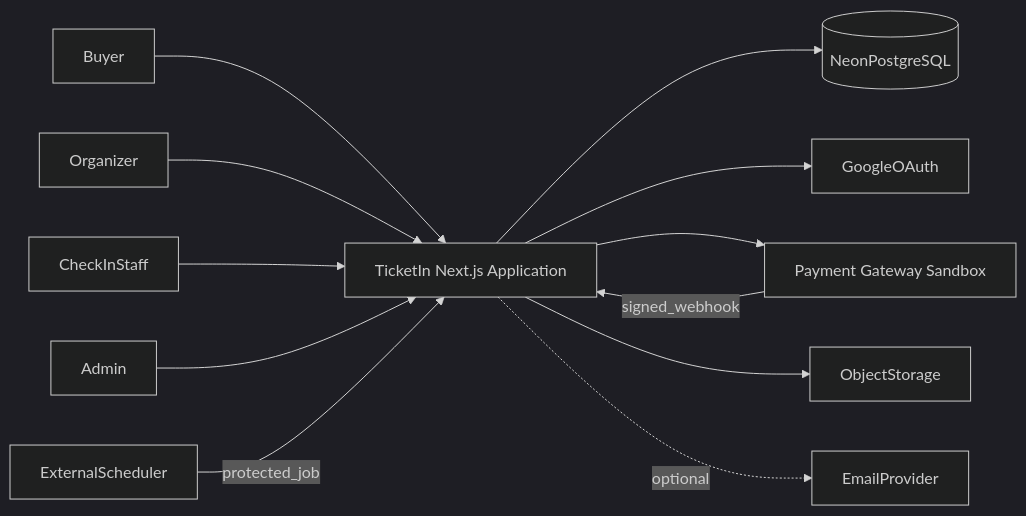
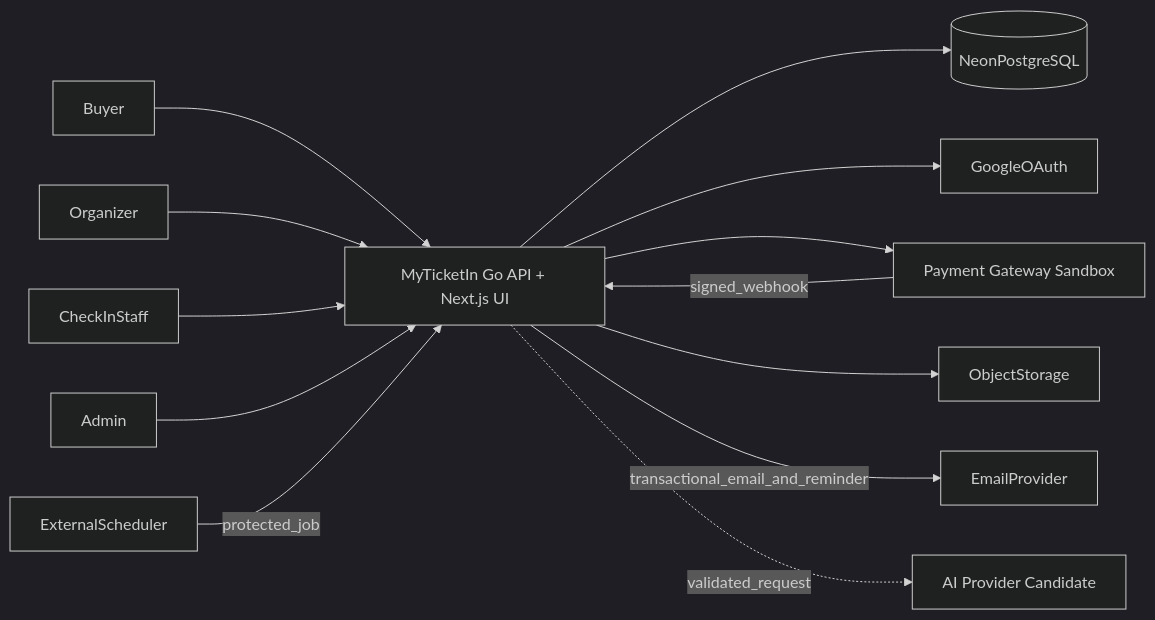
Before and after one commit to Fajrunshubhi/MyTicketIn: the first of 5 diagrams in architecture-essentials.md, drawn with Mermaid (dark theme). The commit also changed other lines of this file and 406 other files, not shown here.

````diff
--- a/architecture-essentials.md
+++ b/architecture-essentials.md
@@ -52,26 +56,28 @@
 ```mermaid
 flowchart LR
   Buyer[Buyer]
   Organizer[Organizer]
   Staff[CheckInStaff]
   Admin[Admin]
-  App["TicketIn Next.js Application"]
+  App["MyTicketIn Go API + Next.js UI"]
   Database[(NeonPostgreSQL)]
   Google[GoogleOAuth]
   Gateway["Payment Gateway Sandbox"]
   Storage[ObjectStorage]
   Scheduler[ExternalScheduler]
   Email[EmailProvider]
+  AI["AI Provider Candidate"]
 
   Buyer --> App
   Organizer --> App
   Staff --> App
   Admin --> App
   App --> Database
   App --> Google
   App --> Gateway
   Gateway -->|signed_webhook| App
   App --> Storage
   Scheduler -->|protected_job| App
-  App -.->|optional| Email
+  App -->|transactional_email_and_reminder| Email
+  App -.->|validated_request| AI
 ```
````
